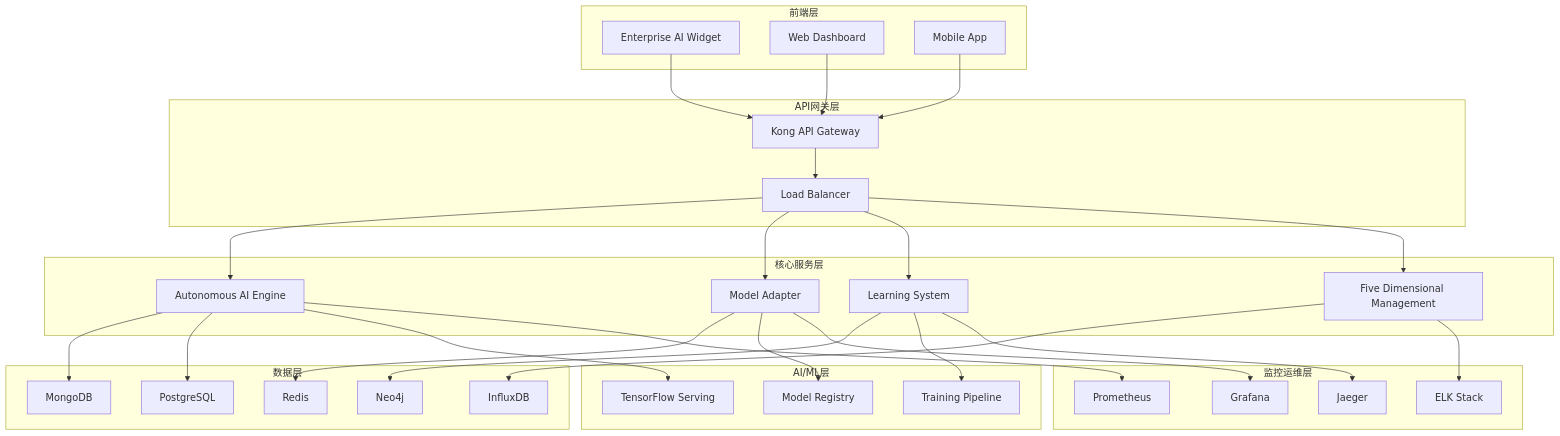
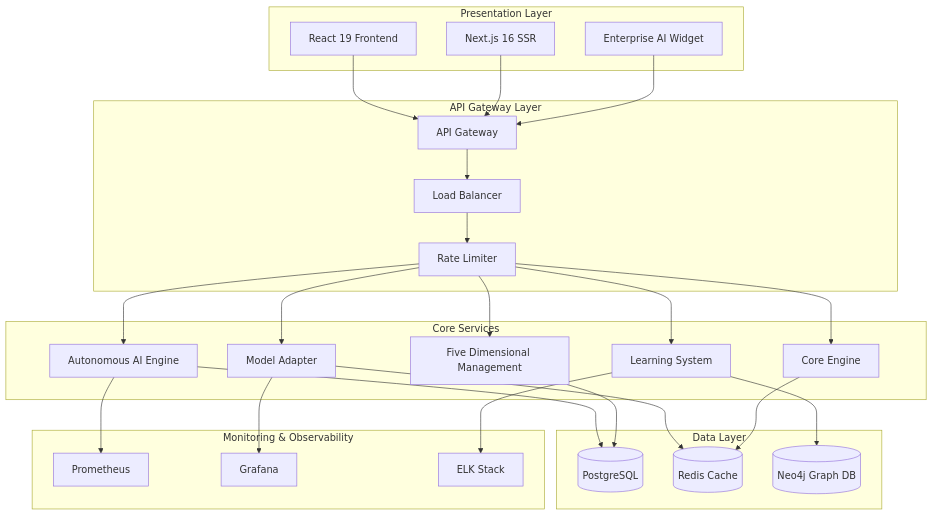
The first of 2 diagrams in README.md (YYC-Cube/yyc3-learning-platform), drawn with Mermaid before and after one commit. The commit also changed other lines of this file and 4 other files, not shown here.

````diff
--- a/README.md
+++ b/README.md
@@ -76,62 +66,55 @@
 ```mermaid
 graph TB
-    subgraph "前端层"
-        A[Enterprise AI Widget]
-        B[Web Dashboard]
-        C[Mobile App]
+    subgraph "Presentation Layer"
+        A[React 19 Frontend]
+        B[Next.js 16 SSR]
+        C[Enterprise AI Widget]
     end
 
-    subgraph "API网关层"
-        D[Kong API Gateway]
+    subgraph "API Gateway Layer"
+        D[API Gateway]
         E[Load Balancer]
+        F[Rate Limiter]
     end
 
-    subgraph "核心服务层"
-        F[Autonomous AI Engine]
-        G[Model Adapter]
-        H[Learning System]
-        I[Five Dimensional Management]
+    subgraph "Core Services"
+        G[Autonomous AI Engine]
+        H[Model Adapter]
+        I[Learning System]
+        J[Five Dimensional Management]
+        K[Core Engine]
     end
 
-    subgraph "数据层"
-        J[MongoDB]
-        K[PostgreSQL]
-        L[Redis]
-        M[Neo4j]
-        N[InfluxDB]
+    subgraph "Data Layer"
+        L[(PostgreSQL)]
+        M[(Redis Cache)]
+        N[(Neo4j Graph DB)]
     end
 
-    subgraph "AI/ML层"
-        O[TensorFlow Serving]
-        P[Model Registry]
-        Q[Training Pipeline]
-    end
-
-    subgraph "监控运维层"
-        R[Prometheus]
-        S[Grafana]
-        T[Jaeger]
-        U[ELK Stack]
+    subgraph "Monitoring & Observability"
+        O[Prometheus]
+        P[Grafana]
+        Q[ELK Stack]
     end
 
     A --> D
     B --> D
     C --> D
     D --> E
     E --> F
-    E --> G
-    E --> H
-    E --> I
+    F --> G
+    F --> H
+    F --> I
     F --> J
     F --> K
+
     G --> L
     H --> M
     I --> N
-    F --> O
-    G --> P
-    H --> Q
-    F --> R
-    G --> S
-    H --> T
-    I --> U
+    J --> L
+    K --> M
+
+    G --> O
+    H --> P
+    I --> Q
 ```
````
